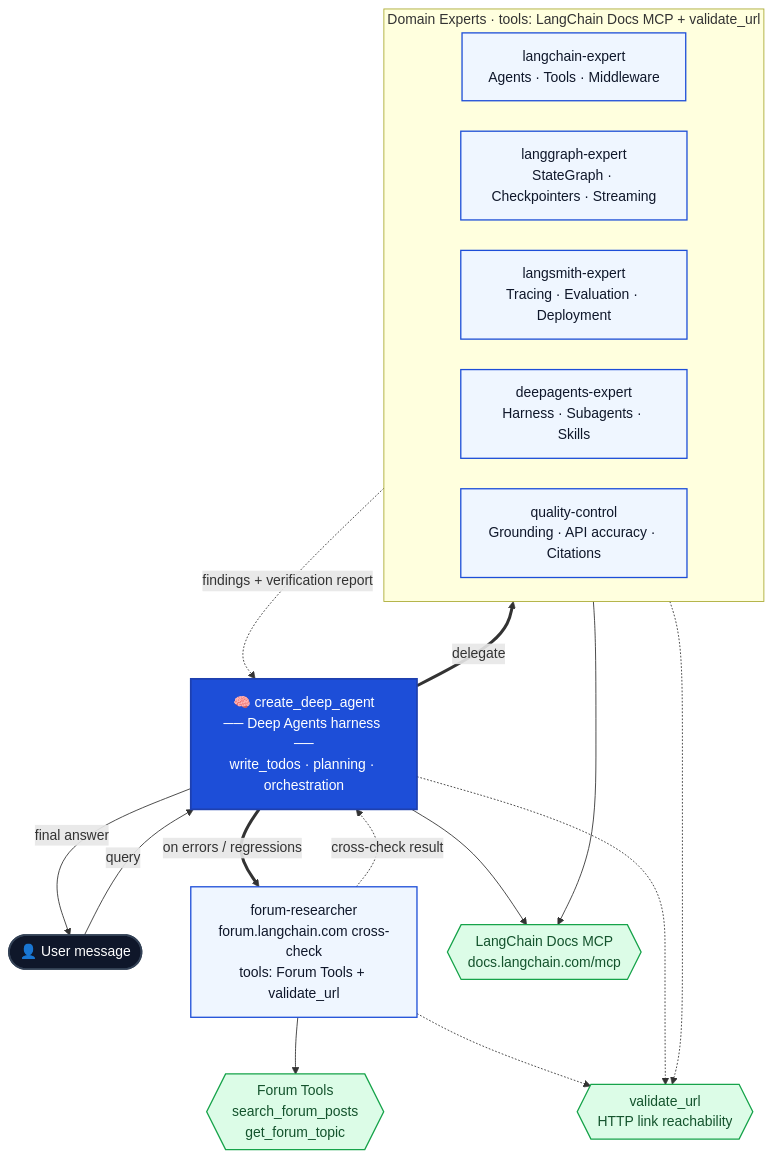
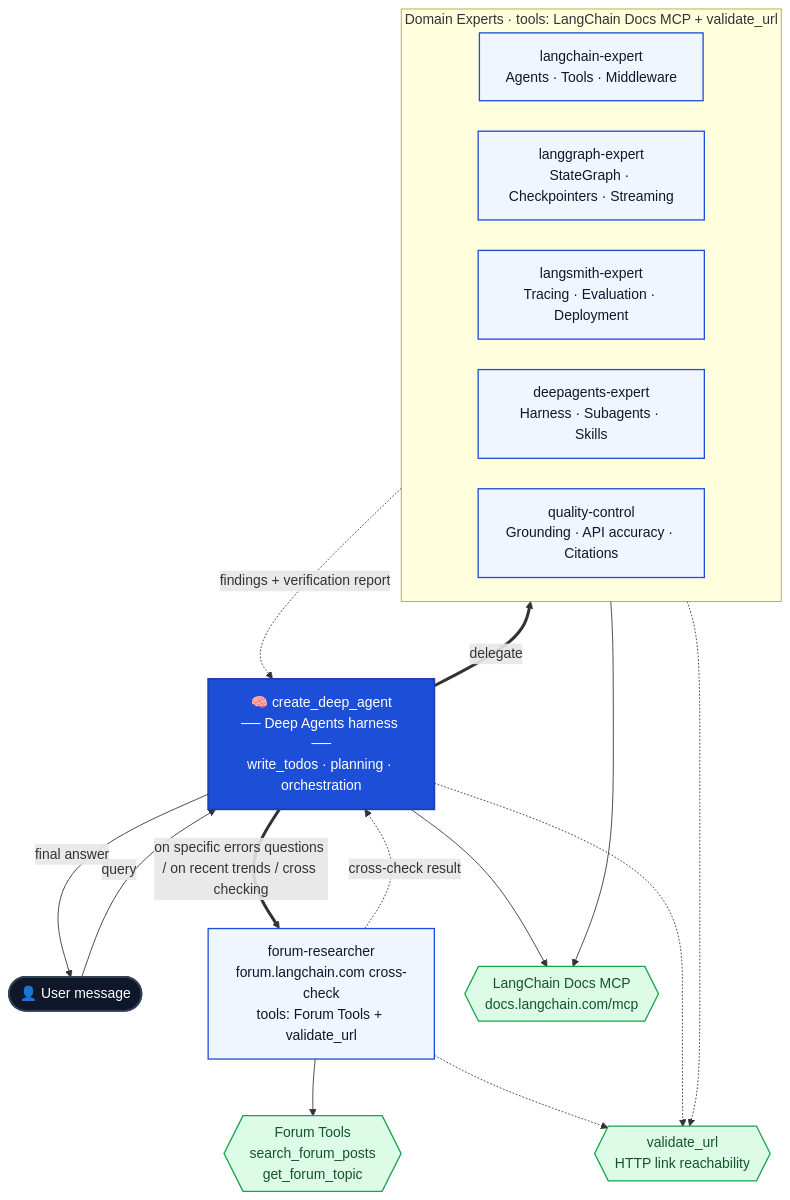
The diagram in README.md (keenborder786/langchain-docs-agent), drawn with Mermaid before and after one commit.

````diff
--- a/README.md
+++ b/README.md
@@ -11,50 +11,50 @@
 ```mermaid
 %%{init: {"flowchart": {"rankSpacing": 65, "nodeSpacing": 35, "curve": "basis"}}}%%
 flowchart TB
     User(["👤 User message"])
 
     Orch["🧠 create_deep_agent\n── Deep Agents harness ──\nwrite_todos · planning · orchestration"]
 
     subgraph experts["Domain Experts  ·  tools: LangChain Docs MCP + validate_url"]
         direction LR
         LC["langchain-expert\nAgents · Tools · Middleware"]
         LG["langgraph-expert\nStateGraph · Checkpointers · Streaming"]
         LS["langsmith-expert\nTracing · Evaluation · Deployment"]
         DA["deepagents-expert\nHarness · Subagents · Skills"]
         QC["quality-control\nGrounding · API accuracy · Citations"]
     end
 
     FR["forum-researcher\nforum.langchain.com cross-check\ntools: Forum Tools + validate_url"]
 
     MCP{{"LangChain Docs MCP\ndocs.langchain.com/mcp"}}
     FT{{"Forum Tools\nsearch_forum_posts\nget_forum_topic"}}
     VU{{"validate_url\nHTTP link reachability"}}
 
     User -->|query| Orch
     Orch -->|final answer| User
 
     Orch ==>|delegate| experts
-    Orch ==>|on errors / regressions| FR
+    Orch ==>|on specific errors questions / on recent trends / cross checking | FR
 
     experts -.->|findings + verification report| Orch
     FR -.->|cross-check result| Orch
 
     experts --> MCP
     Orch --> MCP
 
     FR --> FT
 
     experts -.-> VU
     FR -.-> VU
     Orch -.-> VU
 
     classDef user fill:#0f172a,stroke:#334155,stroke-width:2px,color:#ffffff
     classDef orch fill:#1d4ed8,stroke:#1e40af,stroke-width:2px,color:#ffffff
     classDef sub fill:#eff6ff,stroke:#1d4ed8,stroke-width:1.5px,color:#0f172a
     classDef tool fill:#dcfce7,stroke:#16a34a,stroke-width:1.5px,color:#14532d
 
     class User user
     class Orch orch
     class LC,LG,LS,DA,QC,FR sub
     class MCP,FT,VU tool
 ```
````
